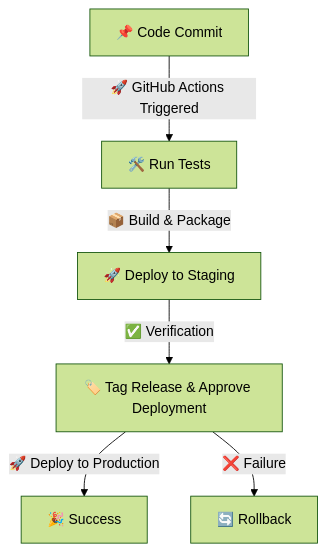
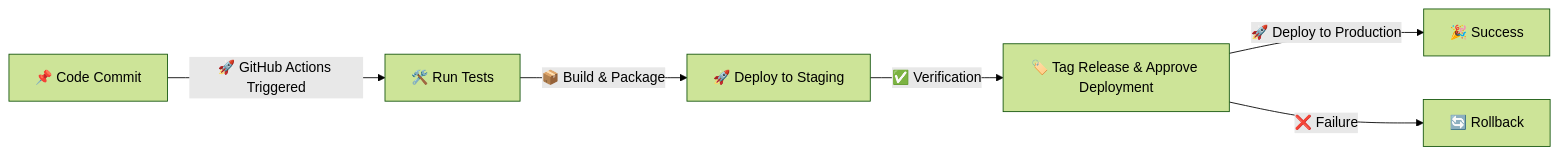
The first of 2 diagrams in templates/deployment-guide.md (joggrdocs/dungeons-and-docs), drawn with Mermaid (forest theme) before and after one commit. The commit also changed other lines of this file, not shown here.

Commit message:
📚 docs: Updated JoggrDoc [skip ci]

````diff
--- a/templates/deployment-guide.md
+++ b/templates/deployment-guide.md
@@ -81,8 +81,8 @@
 ```mermaid
-graph TD;
+graph LR;
     A[📌 Code Commit] -->|🚀 GitHub Actions Triggered| B[🛠️ Run Tests];
     B -->|📦 Build & Package| C[🚀 Deploy to Staging];
     C -->|✅ Verification| D[🏷️ Tag Release & Approve Deployment];
     D -->|🚀 Deploy to Production| E[🎉 Success];
     D -->|❌ Failure| F[🔄 Rollback];
 ```
````
